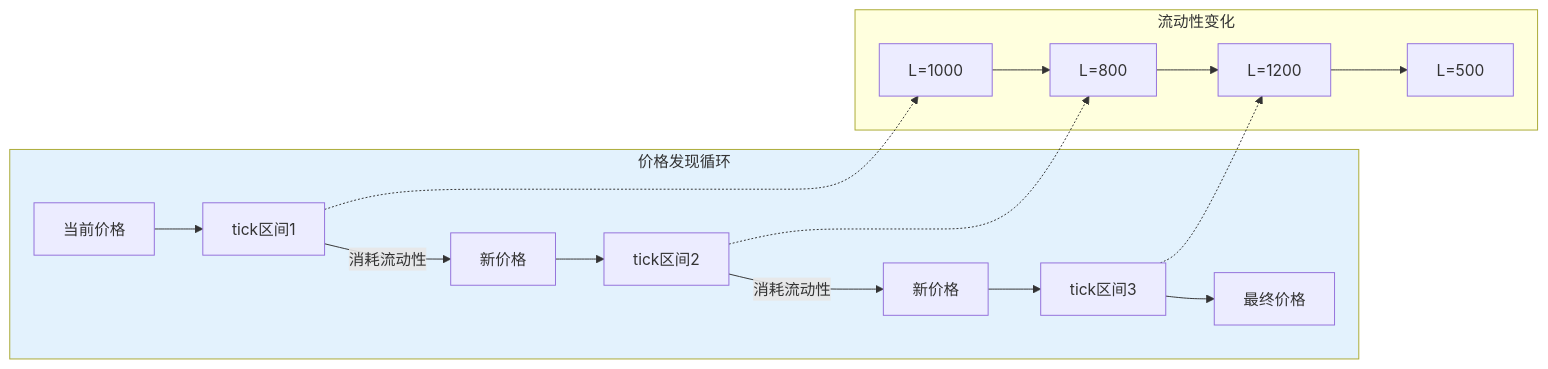
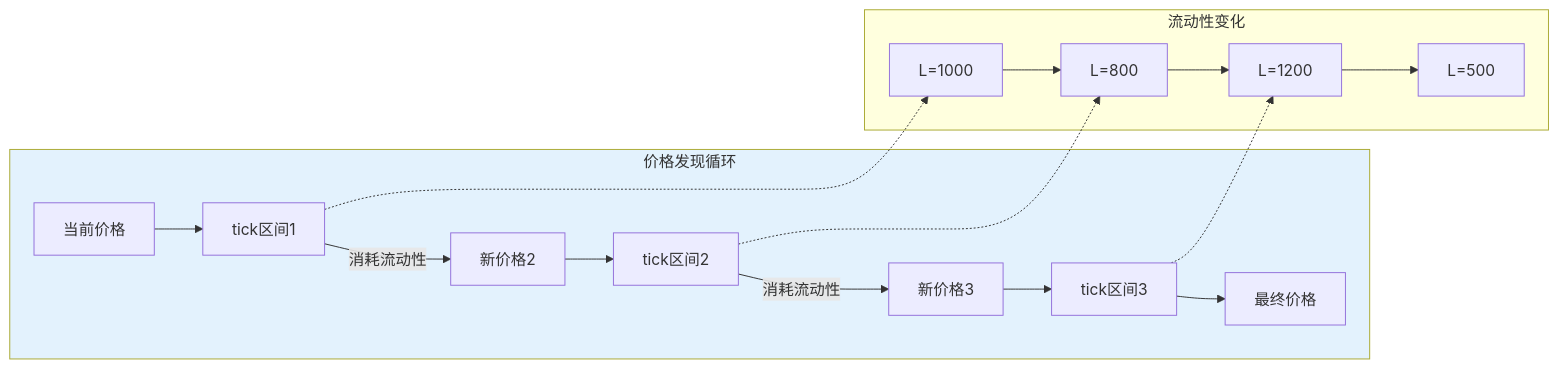
Diagram 14 of 16 in DApp_Development/应用场景/defi/uniswap/v3/04-交换机制深度解析.md (blockchainGuide/blockchainguide), drawn with Mermaid before and after one commit. The commit also changed other lines of this file and 14 other files, not shown here.

````diff
--- a/DApp_Development/应用场景/defi/uniswap/v3/04-交换机制深度解析.md
+++ b/DApp_Development/应用场景/defi/uniswap/v3/04-交换机制深度解析.md
@@ -868,23 +901,34 @@
 ```mermaid
 flowchart LR
     subgraph PriceDiscoveryLoop["价格发现循环"]
-        P1[当前价格] --> T1[tick区间1]
-        T1 -->|消耗流动性| P2[新价格]
-        P2 --> T2[tick区间2]
-        T2 -->|消耗流动性| P3[新价格]
-        P3 --> T3[tick区间3]
-        T3 --> P4[最终价格]
+        P1[当前价格]
+        T1[tick区间1]
+        P2[新价格2]
+        T2[tick区间2]
+        P3[新价格3]
+        T3[tick区间3]
+        P4[最终价格]
+        P1 --> T1
+        T1 -->|消耗流动性| P2
+        P2 --> T2
+        T2 -->|消耗流动性| P3
+        P3 --> T3
+        T3 --> P4
     end
 
     subgraph LiquidityChanges["流动性变化"]
-        L1[L=1000] --> L2[L=800]
-        L2 --> L3[L=1200]
-        L3 --> L4[L=500]
+        L1[L=1000]
+        L2[L=800]
+        L3[L=1200]
+        L4[L=500]
+        L1 --> L2
+        L2 --> L3
+        L3 --> L4
     end
 
     T1 -.-> L1
     T2 -.-> L2
     T3 -.-> L3
 
     style PriceDiscoveryLoop fill:#e3f2fd
 ```
````
